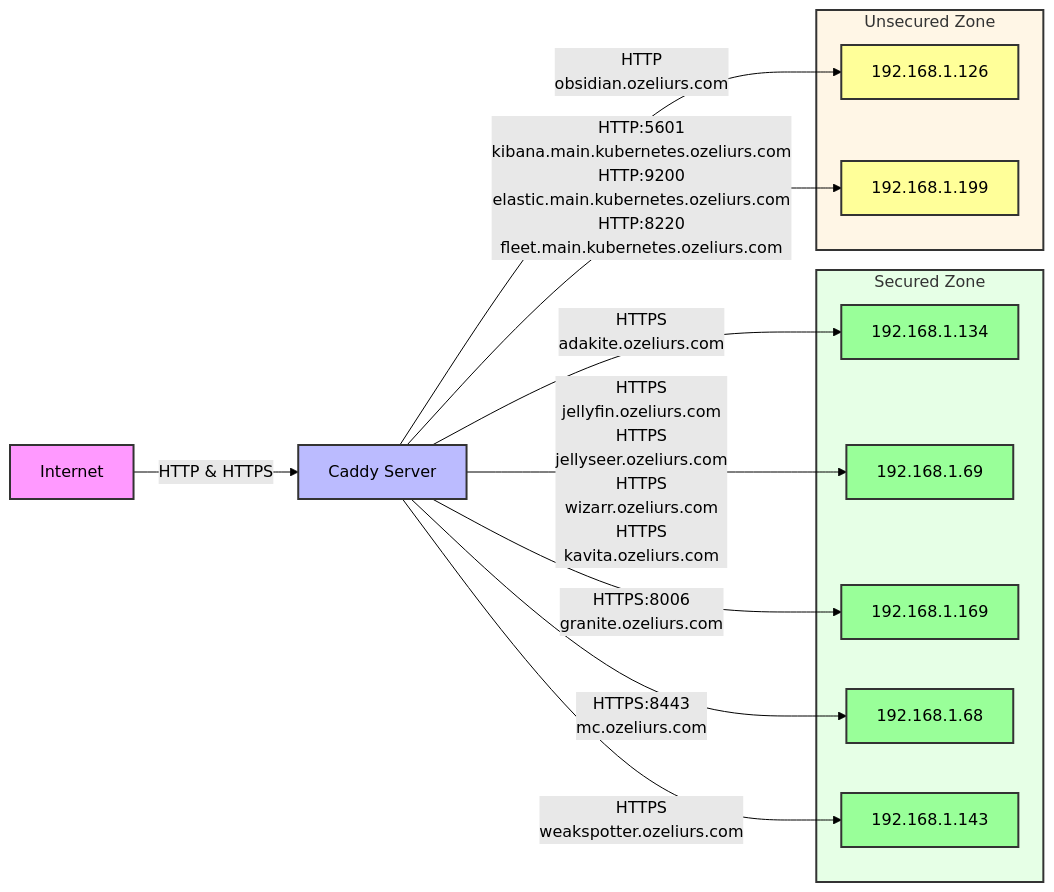
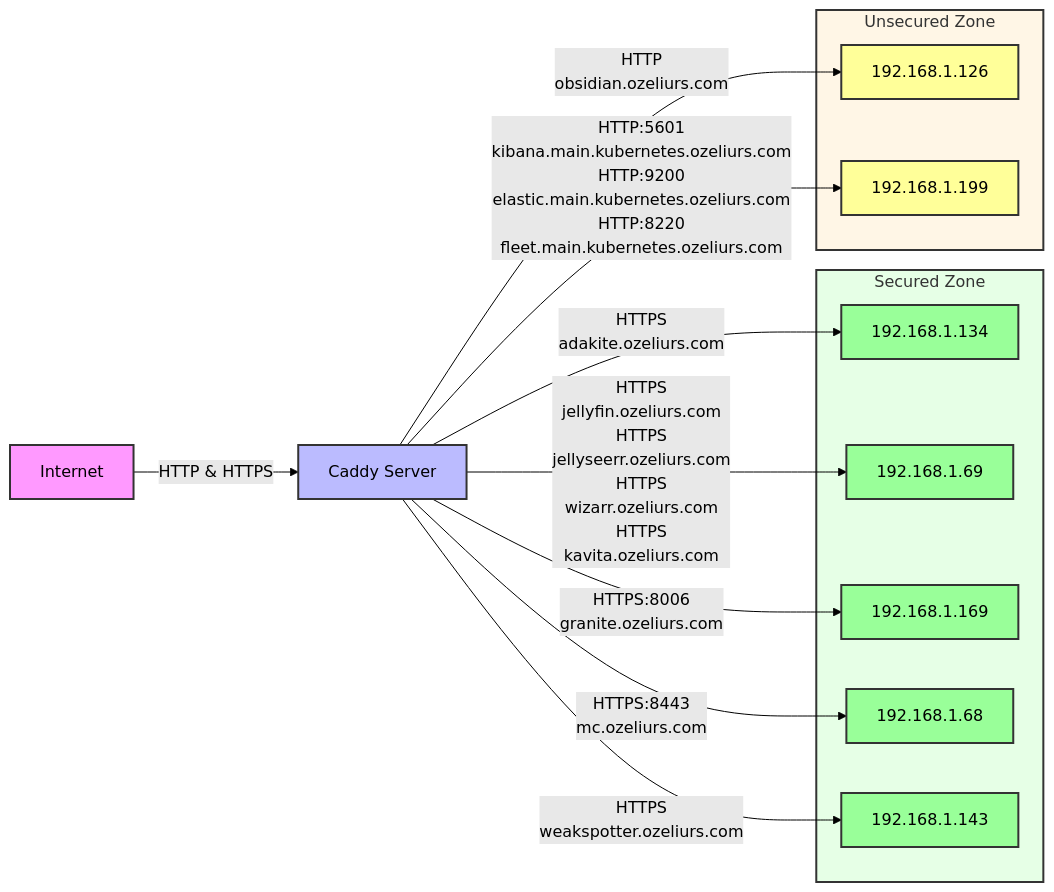
The diagram in README.md (ozeliurs/dc-reverse-proxy-config), drawn with Mermaid (forest theme) before and after one commit. The commit also changed 1 other file, not shown here.

Commit message:
Generate and update Caddyfile, Mermaid diagram, and Dockerfile

````diff
--- a/README.md
+++ b/README.md
@@ -34,51 +34,51 @@
 ```mermaid
 graph LR
     %% Style definitions
     classDef internet fill:#f9f,stroke:#333,stroke-width:2px;
     classDef proxy fill:#bbf,stroke:#333,stroke-width:2px;
     classDef backend fill:#bfb,stroke:#333,stroke-width:2px;
     classDef secure fill:#9f9,stroke:#333,stroke-width:2px;
     classDef unsecure fill:#ff9,stroke:#333,stroke-width:2px;
 
     %% Nodes
     I[Internet]
     C[Caddy Server]
 
     %% Apply styles
     class I internet
     class C proxy
 
     %% Base connections
     I -->|HTTP & HTTPS| C
 
     %% Backend groups
     subgraph Secured[Secured Zone]
         style Secured fill:#e6ffe6,stroke:#333,stroke-width:2px
         S0[192.168.1.134]
         class S0 secure
         S1[192.168.1.69]
         class S1 secure
         S2[192.168.1.169]
         class S2 secure
         S3[192.168.1.68]
         class S3 secure
         S4[192.168.1.143]
         class S4 secure
     end
 
     subgraph Unsecured[Unsecured Zone]
         style Unsecured fill:#fff6e6,stroke:#333,stroke-width:2px
         U0[192.168.1.126]
         class U0 unsecure
         U1[192.168.1.199]
         class U1 unsecure
     end
 
     C -->|HTTPS<br>adakite.ozeliurs.com| S0
-    C -->|HTTPS<br>jellyfin.ozeliurs.com<br>HTTPS<br>jellyseer.ozeliurs.com<br>HTTPS<br>wizarr.ozeliurs.com<br>HTTPS<br>kavita.ozeliurs.com| S1
+    C -->|HTTPS<br>jellyfin.ozeliurs.com<br>HTTPS<br>jellyseerr.ozeliurs.com<br>HTTPS<br>wizarr.ozeliurs.com<br>HTTPS<br>kavita.ozeliurs.com| S1
     C -->|HTTPS:8006<br>granite.ozeliurs.com| S2
     C -->|HTTPS:8443<br>mc.ozeliurs.com| S3
     C -->|HTTP<br>obsidian.ozeliurs.com| U0
     C -->|HTTPS<br>weakspotter.ozeliurs.com| S4
     C -->|HTTP:5601<br>kibana.main.kubernetes.ozeliurs.com<br>HTTP:9200<br>elastic.main.kubernetes.ozeliurs.com<br>HTTP:8220<br>fleet.main.kubernetes.ozeliurs.com| U1
 ```
````
